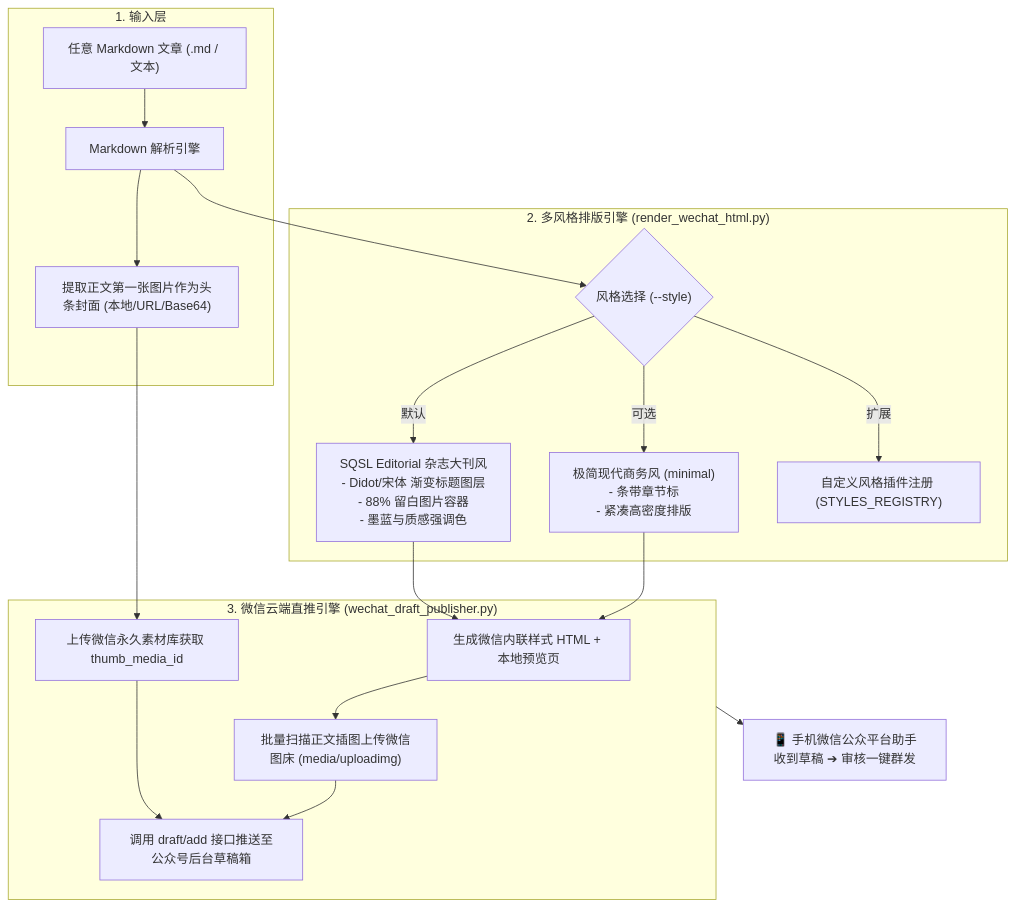
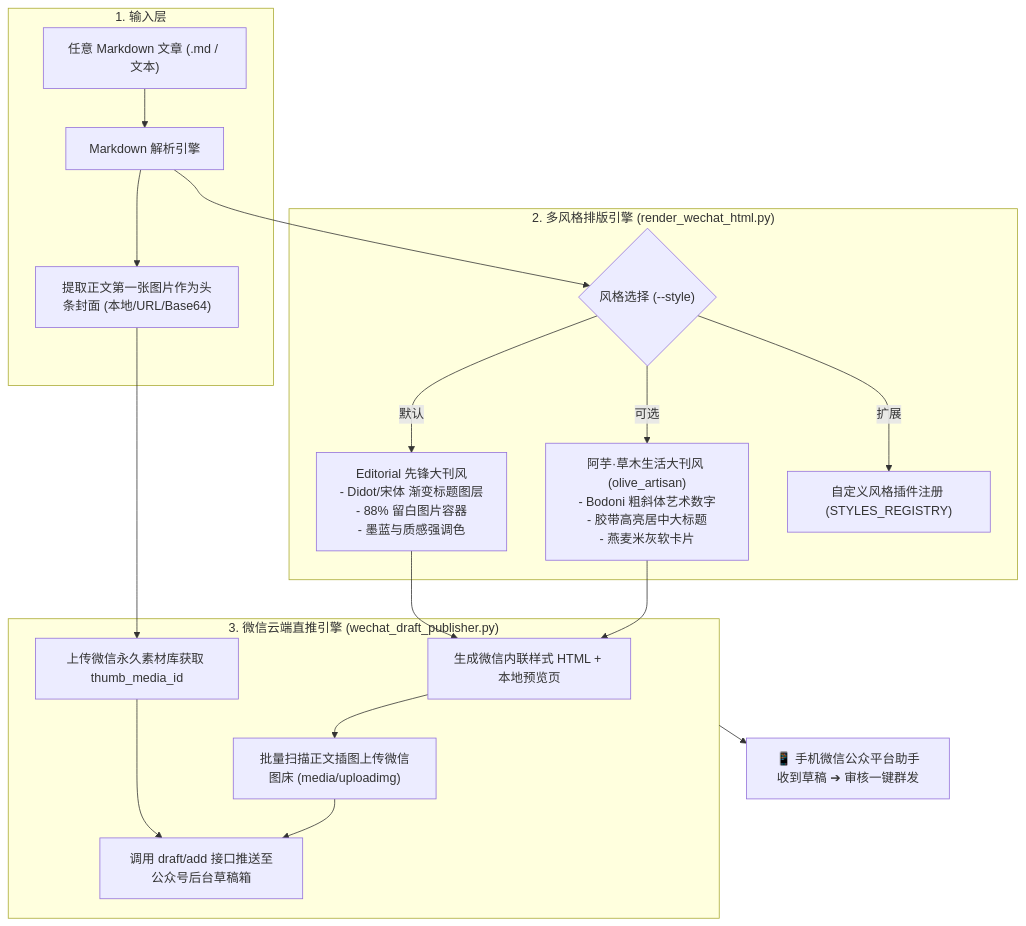
One commit to sanqiushili/sqsl-wechat-skill changed the diagram in skills/sqsl-article-to-wechat/README.md. Above: the diagram before and after it, drawn with Mermaid. The commit also changed other lines of this file and 25 other files, not shown here.

````diff
--- a/skills/sqsl-article-to-wechat/README.md
+++ b/skills/sqsl-article-to-wechat/README.md
@@ -93,23 +104,23 @@
 ```mermaid
 flowchart TD
     subgraph Input["1. 输入层"]
         A["任意 Markdown 文章 (.md / 文本)"] --> B["Markdown 解析引擎"]
         B --> CoverExt["提取正文第一张图片作为头条封面 (本地/URL/Base64)"]
     end
 
     subgraph StyleEngine["2. 多风格排版引擎 (render_wechat_html.py)"]
         B --> StyleSel{"风格选择 (--style)"}
-        StyleSel -->|默认| S1["SQSL Editorial 杂志大刊风\n- Didot/宋体 渐变标题图层\n- 88% 留白图片容器\n- 墨蓝与质感强调色"]
-        StyleSel -->|可选| S2["极简现代商务风 (minimal)\n- 条带章节标\n- 紧凑高密度排版"]
+        StyleSel -->|默认| S1["Editorial 先锋大刊风\n- Didot/宋体 渐变标题图层\n- 88% 留白图片容器\n- 墨蓝与质感强调色"]
+        StyleSel -->|可选| S2["阿芋·草木生活大刊风 (olive_artisan)\n- Bodoni 粗斜体艺术数字\n- 胶带高亮居中大标题\n- 燕麦米灰软卡片"]
         StyleSel -->|扩展| S3["自定义风格插件注册 (STYLES_REGISTRY)"]
     end
 
     subgraph Publisher["3. 微信云端直推引擎 (wechat_draft_publisher.py)"]
         S1 & S2 --> HTMLDoc["生成微信内联样式 HTML + 本地预览页"]
         CoverExt --> CoverUpload["上传微信永久素材库获取 thumb_media_id"]
         HTMLDoc --> ImgUpload["批量扫描正文插图上传微信图床 (media/uploadimg)"]
         CoverUpload & ImgUpload --> DraftAPI["调用 draft/add 接口推送至公众号后台草稿箱"]
     end
 
     Publisher --> Output["📱 手机微信公众平台助手收到草稿 ➔ 审核一键群发"]
 ```
````
